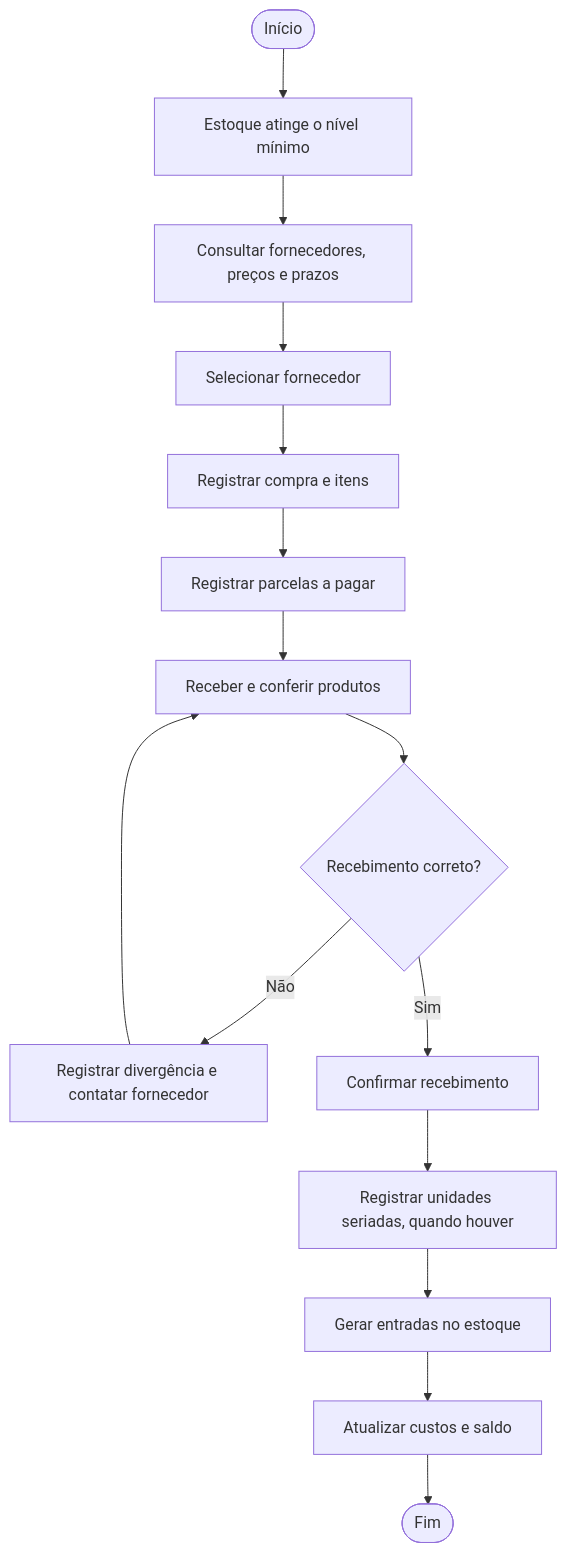
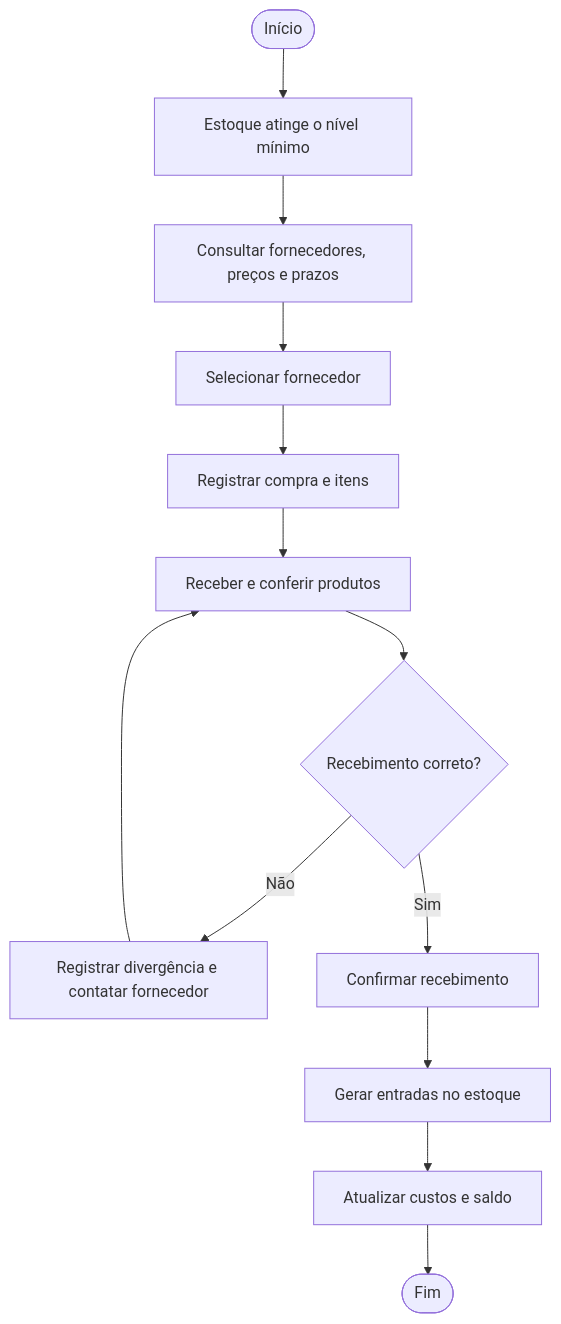
Before and after one commit to DutraBrun0/Projeto-Integrador-Modelagem-de-Dados: the fourth of 5 diagrams in README.md, drawn with Mermaid. The commit also changed other lines of this file and 61 other files, not shown here.

````diff
--- a/README.md
+++ b/README.md
@@ -227,17 +229,15 @@
 ```mermaid
 flowchart TD
     A([Início]) --> B[Estoque atinge o nível mínimo]
     B --> C[Consultar fornecedores, preços e prazos]
     C --> D[Selecionar fornecedor]
     D --> E[Registrar compra e itens]
-    E --> E2[Registrar parcelas a pagar]
-    E2 --> F[Receber e conferir produtos]
+    E --> F[Receber e conferir produtos]
     F --> G{Recebimento correto?}
     G -->|Não| H[Registrar divergência e contatar fornecedor]
     H --> F
     G -->|Sim| I[Confirmar recebimento]
-    I --> I2[Registrar unidades seriadas, quando houver]
-    I2 --> J[Gerar entradas no estoque]
+    I --> J[Gerar entradas no estoque]
     J --> K[Atualizar custos e saldo]
     K --> Z([Fim])
 ```
````
